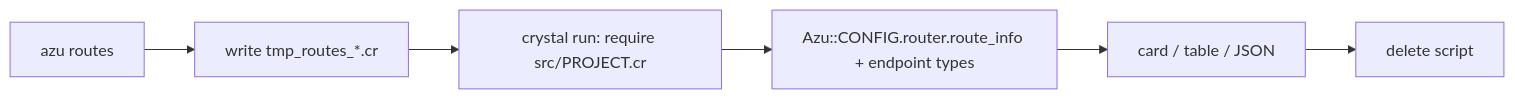
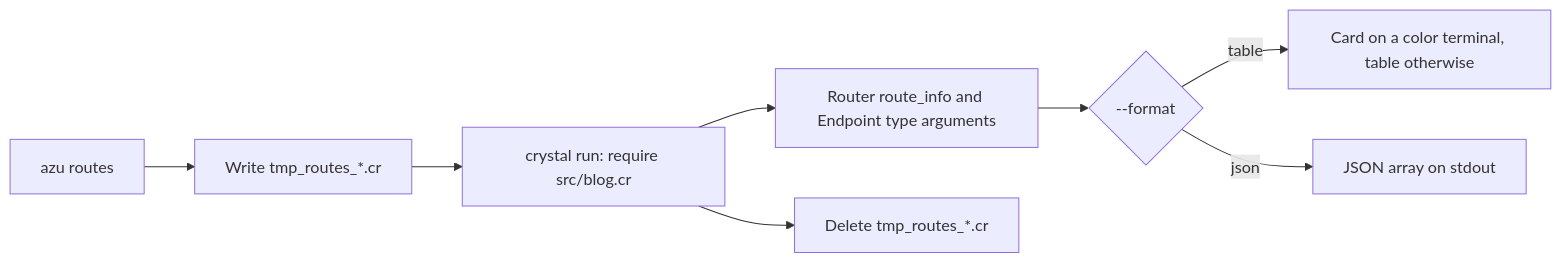
One commit to azutoolkit/azu_cli changed the diagram in docs/command-reference/azu-routes.md. Above: the diagram before and after it, drawn with Mermaid. The commit also changed other lines of this file and 100 other files, not shown here.

````diff
--- a/docs/command-reference/azu-routes.md
+++ b/docs/command-reference/azu-routes.md
@@ -14,8 +13,10 @@
 ```mermaid
 flowchart LR
-  A["azu routes"] --> B["write tmp_routes_*.cr"]
-  B --> C["crystal run: require src/PROJECT.cr"]
-  C --> D["Azu::CONFIG.router.route_info + endpoint types"]
-  D --> E["card / table / JSON"]
-  E --> F["delete script"]
+  A["azu routes"] --> B["Write tmp_routes_*.cr"]
+  B --> C["crystal run: require src/blog.cr"]
+  C --> D["Router route_info and Endpoint type arguments"]
+  D --> E{"--format"}
+  E -->|table| F["Card on a color terminal, table otherwise"]
+  E -->|json| G["JSON array on stdout"]
+  C --> H["Delete tmp_routes_*.cr"]
 ```
````
